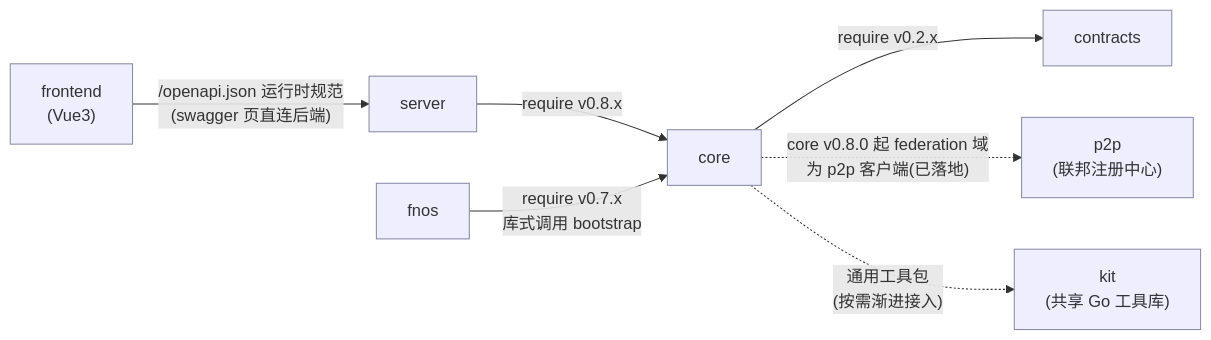
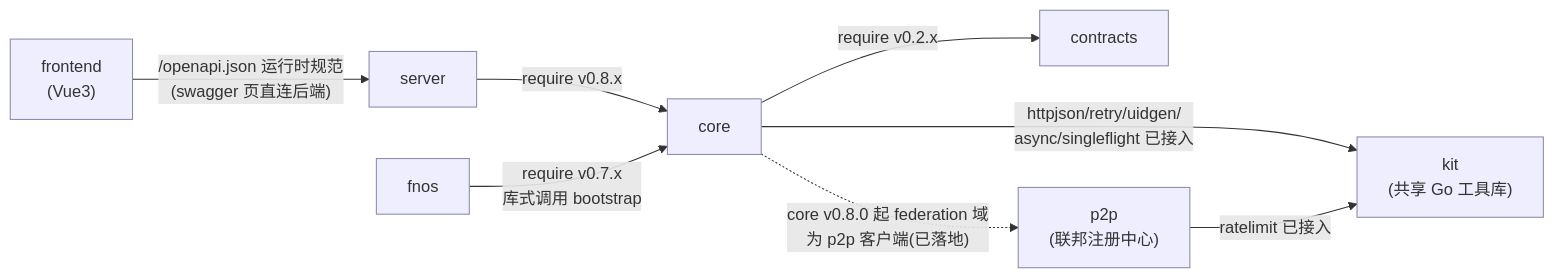
Before and after one commit to filescodebox/FilesCodeBox: the second of 8 diagrams in docs/architecture.md, drawn with Mermaid. The commit also changed other lines of this file, not shown here.

Commit message:
docs(architecture): kit/p2p 信息对齐当前态——v0.3.0/28 包+消费关系实线化,p2p v0.2.0,charts 1.3.6

````diff
--- a/docs/architecture.md
+++ b/docs/architecture.md
@@ -38,14 +38,15 @@
 ```mermaid
 graph LR
     FE["frontend<br/>(Vue3)"] -->|"/openapi.json 运行时规范<br/>(swagger 页直连后端)"| SRV["server"]
     SRV -->|"require v0.8.x"| CORE["core"]
     FNOS["fnos"] -->|"require v0.7.x<br/>库式调用 bootstrap"| CORE
     CORE -->|"require v0.2.x"| CTX["contracts"]
     P2P["p2p<br/>(联邦注册中心)"]
     CORE -.->|"core v0.8.0 起 federation 域<br/>为 p2p 客户端(已落地)"| P2P
     KIT["kit<br/>(共享 Go 工具库)"]
-    CORE -.->|"通用工具包<br/>(按需渐进接入)"| KIT
+    CORE -->|"httpjson/retry/uidgen/<br/>async/singleflight 已接入"| KIT
+    P2P -->|"ratelimit 已接入"| KIT
 
     classDef plain fill:#eef,stroke:#88a
     class CTX,CORE,SRV,FE,FNOS,P2P,KIT plain
 ```
````
